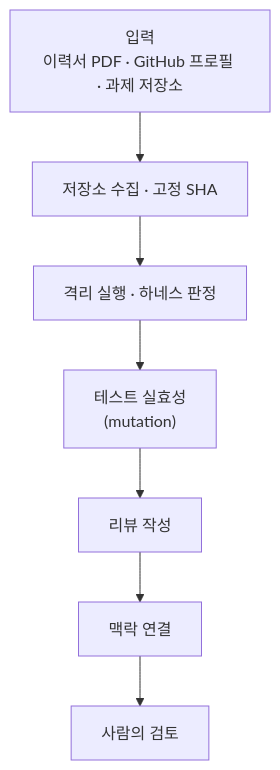
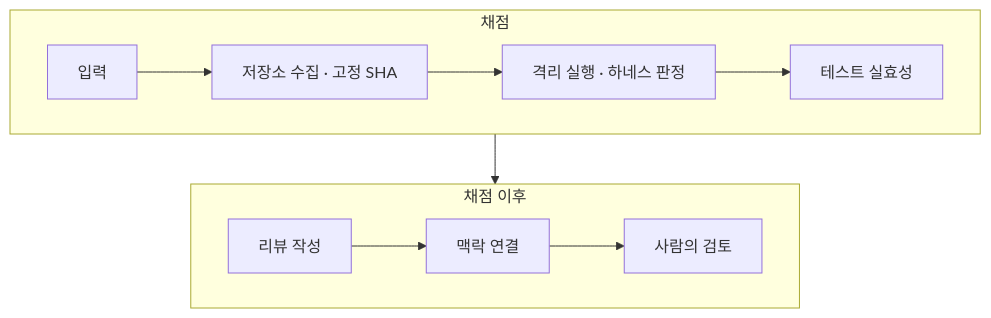
The diagram in profile/README.md (wanted-hack-inchyangv/.github), drawn with Mermaid before and after one commit. The commit also changed other lines of this file, not shown here.

Commit message:
docs: refine profile README layout

````diff
--- a/profile/README.md
+++ b/profile/README.md
@@ -26,9 +26,12 @@
 ```mermaid
 flowchart TD
-    A["입력<br/>이력서 PDF · GitHub 프로필 · 과제 저장소"] --> B["저장소 수집 · 고정 SHA"]
-    B --> C["격리 실행 · 하네스 판정"]
-    C --> D["테스트 실효성<br/>(mutation)"]
-    D --> E["리뷰 작성"]
-    E --> F["맥락 연결"]
-    F --> G["사람의 검토"]
+    subgraph s1["채점"]
+        direction LR
+        A["입력"] --> B["저장소 수집 · 고정 SHA"] --> C["격리 실행 · 하네스 판정"] --> D["테스트 실효성"]
+    end
+    subgraph s2["채점 이후"]
+        direction LR
+        E["리뷰 작성"] --> F["맥락 연결"] --> G["사람의 검토"]
+    end
+    s1 --> s2
 ```
````
